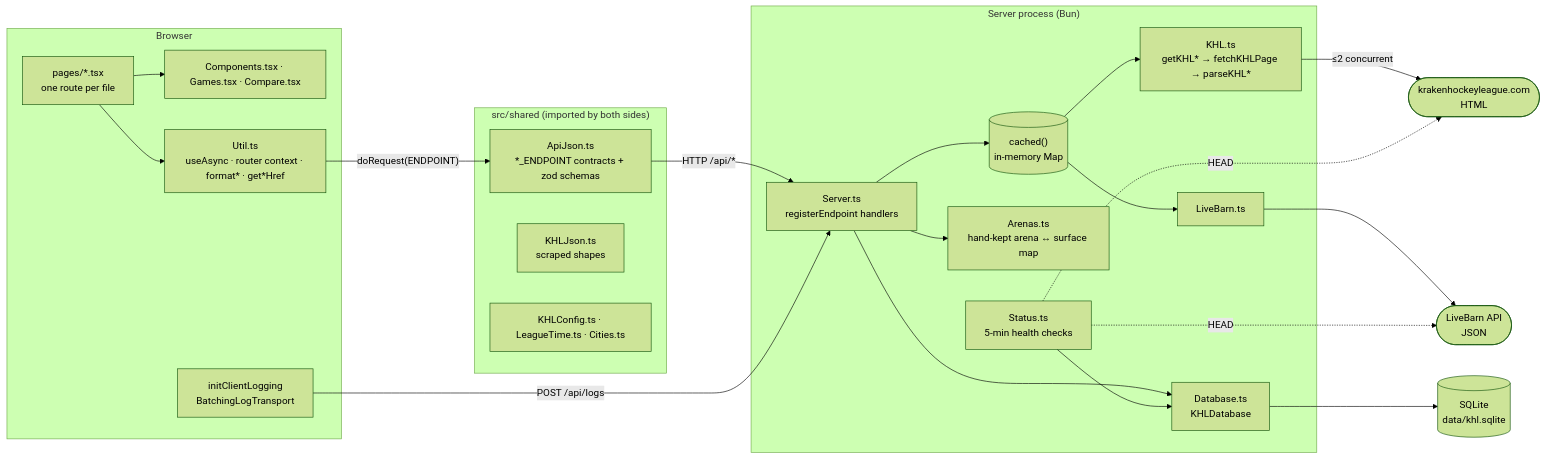
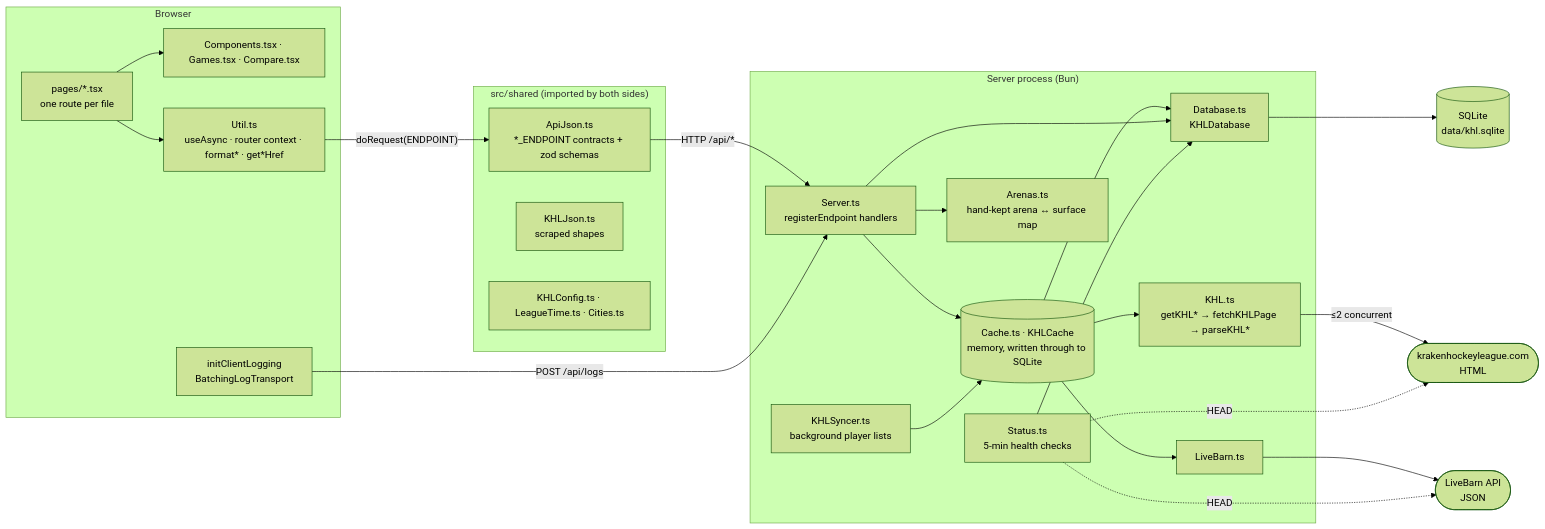
The first of 7 diagrams in projects/khl/ARCHITECTURE.md (dvdzkwsk/dvdzkwsk), drawn with Mermaid (forest theme) before and after one commit. The commit also changed other lines of this file and 13 other files, not shown here.

First line of the commit message:
KHL: build player lists in the background and persist the cache to SQLite

````diff
--- a/projects/khl/ARCHITECTURE.md
+++ b/projects/khl/ARCHITECTURE.md
@@ -5,46 +5,49 @@
 ```mermaid
 flowchart LR
     subgraph Browser
         Pages["pages/*.tsx<br/>one route per file"]
         UI["Components.tsx · Games.tsx · Compare.tsx"]
         Util["Util.ts<br/>useAsync · router context · format* · get*Href"]
         ClientLog["initClientLogging<br/>BatchingLogTransport"]
         Pages --> UI
         Pages --> Util
     end
 
     subgraph Shared["src/shared (imported by both sides)"]
         ApiJson["ApiJson.ts<br/>*_ENDPOINT contracts + zod schemas"]
         KHLJson["KHLJson.ts<br/>scraped shapes"]
         Config["KHLConfig.ts · LeagueTime.ts · Cities.ts"]
     end
 
     subgraph Server["Server process (Bun)"]
         Express["Server.ts<br/>registerEndpoint handlers"]
-        Cache[("cached()<br/>in-memory Map")]
+        Cache[("Cache.ts · KHLCache<br/>memory, written through to SQLite")]
+        Syncer["KHLSyncer.ts<br/>background player lists"]
         KHL["KHL.ts<br/>getKHL* → fetchKHLPage → parseKHL*"]
         LB["LiveBarn.ts"]
         Arenas["Arenas.ts<br/>hand-kept arena ↔ surface map"]
         DB["Database.ts<br/>KHLDatabase"]
         Status["Status.ts<br/>5-min health checks"]
     end
 
     SQLite[("SQLite<br/>data/khl.sqlite")]
     KHLSite(["krakenhockeyleague.com<br/>HTML"])
     LBAPI(["LiveBarn API<br/>JSON"])
 
     Util -- "doRequest(ENDPOINT)" --> ApiJson
     ApiJson -- "HTTP /api/*" --> Express
     ClientLog -- "POST /api/logs" --> Express
     Express --> Cache
+    Syncer --> Cache
+    Cache --> DB
     Cache --> KHL
     Cache --> LB
     Express --> Arenas
     Express --> DB
     Status --> DB
     DB --> SQLite
     KHL -- "≤2 concurrent" --> KHLSite
     LB --> LBAPI
     Status -. "HEAD" .-> KHLSite
     Status -. "HEAD" .-> LBAPI
 ```
````
